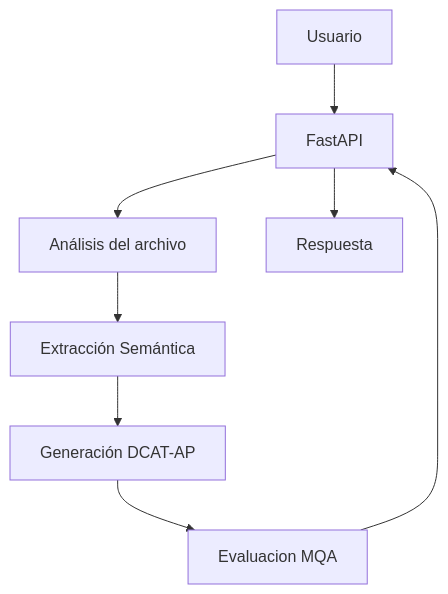
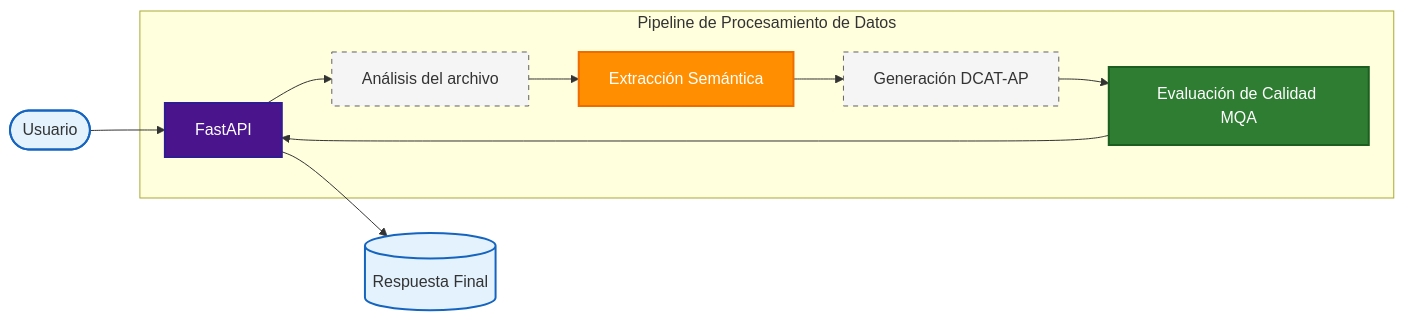
The diagram in README.md (aitanacuadra/TFG), drawn with Mermaid before and after one commit. The commit also changed other lines of this file, not shown here.

Commit message:
Add Mermaid flowchart for data processing pipeline
Added a flowchart to illustrate the data processing pipeline using Mermaid syntax.

````diff
--- a/README.md
+++ b/README.md
@@ -27,10 +13,29 @@
 ```mermaid
-graph TD
-    User["Usuario"] --> API["FastAPI"]
-    API --> Profiling["Análisis del archivo"]
-    Profiling --> RAG["Extracción Semántica"]
-    RAG --> DCAT["Generación DCAT-AP"]
-    DCAT --> Judge["Evaluacion MQA"]
+graph LR
+    %% Definición de estilos
+    classDef input fill:#E3F2FD,stroke:#1565C0,stroke-width:2px;
+    classDef api fill:#4A148C,color:#fff,stroke:#311B92,stroke-width:2px;
+    classDef ai fill:#FF8F00,color:#fff,stroke:#EF6C00,stroke-width:2px;
+    classDef audit fill:#2E7D32,color:#fff,stroke:#1B5E20,stroke-width:2px;
+    classDef process fill:#F5F5F5,stroke:#616161,stroke-dasharray: 5 5;
+
+    %% Flujo
+    User([Usuario]) --> API[FastAPI]
+    
+    subgraph Pipeline ["Pipeline de Procesamiento de Datos"]
+        API --> Profiling[Análisis del archivo]
+        Profiling --> RAG[Extracción Semántica]
+        RAG --> DCAT[Generación DCAT-AP]
+        DCAT --> Judge[Evaluación de Calidad MQA]
+    end
+    
     Judge --> API
-    API --> Output["Respuesta"]
+    API --> Output[(Respuesta Final)]
+
+    %% Aplicación de estilos
+    class User,Output input;
+    class API api;
+    class RAG ai;
+    class Judge audit;
+    class Profiling,DCAT process;
 ```
````
